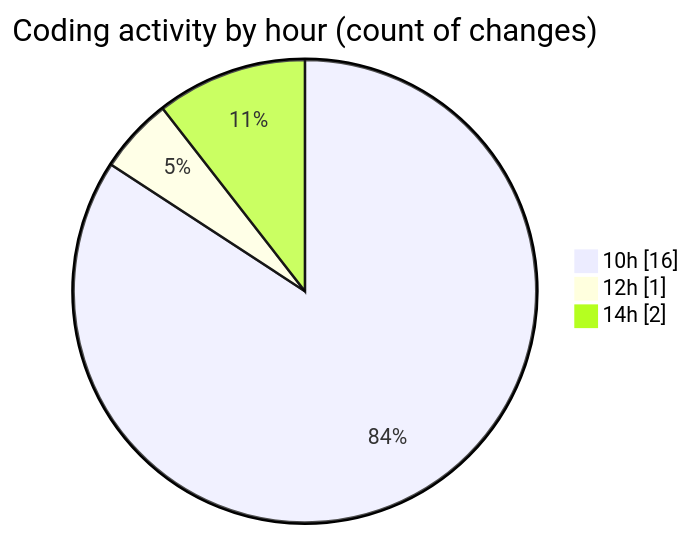
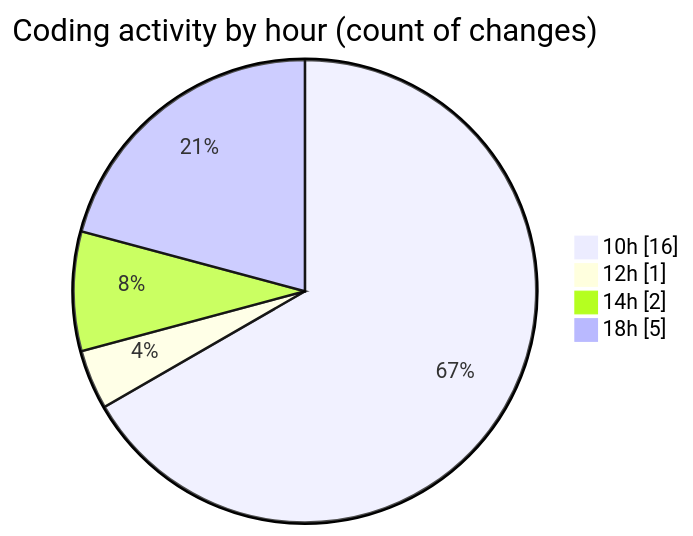
One commit to Elitesun/code-tracking changed the second of 2 diagrams in 2025-02-11/react_ecom/README.md. Above: the diagram before and after it, drawn with Mermaid. The commit also changed other lines of this file and 1 other file, not shown here.

````diff
--- a/2025-02-11/react_ecom/README.md
+++ b/2025-02-11/react_ecom/README.md
@@ -37,7 +38,8 @@
 ```mermaid
 pie showData
 title Coding activity by hour (count of changes)
 "10h" : 16
 "12h" : 1
 "14h" : 2
+"18h" : 5
 ```
````
